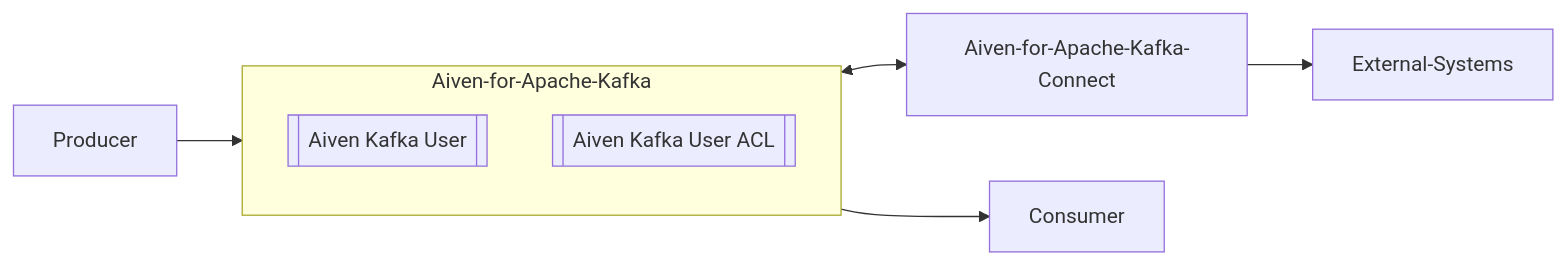
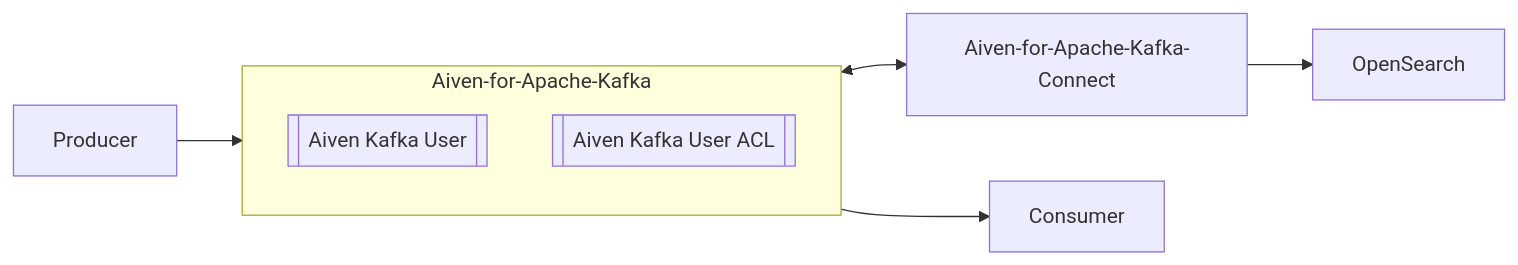
One commit to aiven/devportal changed the diagram in docs/tools/terraform/reference/cookbook/kafka-custom-conf-recipe.rst. Above: the diagram before and after it, drawn with Mermaid. The commit also changed other lines of this file, not shown here.

```diff
--- a/docs/tools/terraform/reference/cookbook/kafka-custom-conf-recipe.rst
+++ b/docs/tools/terraform/reference/cookbook/kafka-custom-conf-recipe.rst
@@ -9,9 +9,9 @@
 .. mermaid::
 
    flowchart LR
       subgraph Aiven-for-Apache-Kafka
       id4[[Aiven Kafka User]]
       id5[[Aiven Kafka User ACL]]
       end
-      Aiven-for-Apache-Kafka <--> Aiven-for-Apache-Kafka-Connect --> External-Systems
+      Aiven-for-Apache-Kafka <--> Aiven-for-Apache-Kafka-Connect --> OpenSearch
       Producer --> Aiven-for-Apache-Kafka --> Consumer
```
